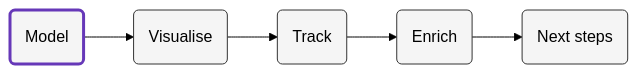
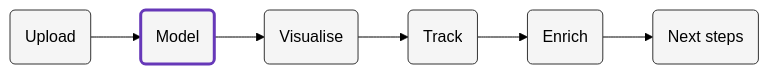
One commit to snowplow/marketing-attribution-accelerator changed the diagram in content/modeling/_index.md. Above: the diagram before and after it, drawn with Mermaid (forest theme). The commit also changed other lines of this file and 19 other files, not shown here.

```diff
--- a/content/modeling/_index.md
+++ b/content/modeling/_index.md
@@ -13,9 +13,10 @@
 {{<mermaid>}}
 flowchart LR
-    id1(Model)-->id2(Visualise)-->id3(Track)-->id4(Enrich)-->id5(Next steps)
-    style id1 fill:#f5f5f5,stroke:#6638B8,stroke-width:3px
-    style id2 fill:#f5f5f5,stroke:#333,stroke-width:1px
+    id1(Upload)-->id2(Model)-->id3(Visualise)-->id4(Track)-->id5(Enrich)-->id6(Next steps)
+    style id1 fill:#f5f5f5,stroke:#333,stroke-width:1px
+    style id2 fill:#f5f5f5,stroke:#6638B8,stroke-width:3px
     style id3 fill:#f5f5f5,stroke:#333,stroke-width:1px
     style id4 fill:#f5f5f5,stroke:#333,stroke-width:1px
     style id5 fill:#f5f5f5,stroke:#333,stroke-width:1px
+    style id6 fill:#f5f5f5,stroke:#333,stroke-width:1px
 {{</mermaid >}}
```
